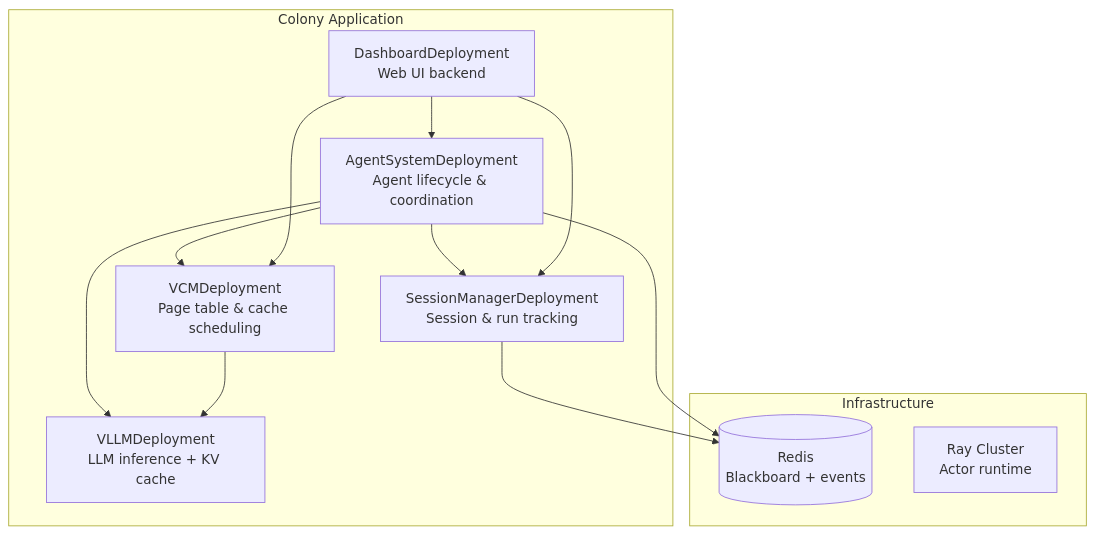
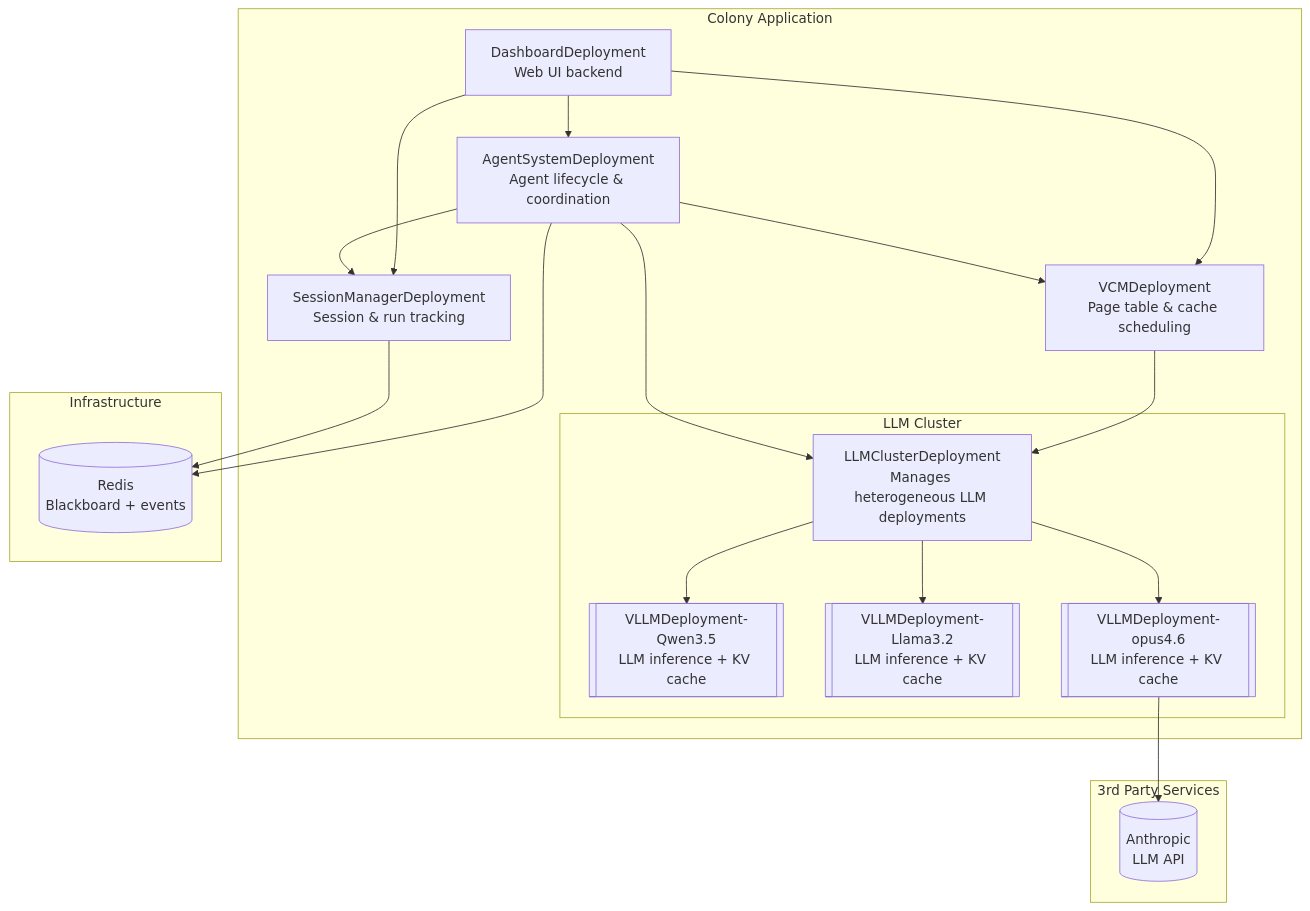
One commit to Polymathera/colony changed the second of 2 diagrams in docs/architecture/distributed.md. Above: the diagram before and after it, drawn with Mermaid. The commit also changed other lines of this file and 27 other files, not shown here.

````diff
--- a/docs/architecture/distributed.md
+++ b/docs/architecture/distributed.md
@@ -131,25 +190,37 @@
 ```mermaid
 graph TB
     subgraph "Colony Application"
         SM[SessionManagerDeployment<br/>Session & run tracking]
         AS[AgentSystemDeployment<br/>Agent lifecycle & coordination]
         VCM[VCMDeployment<br/>Page table & cache scheduling]
-        vLLM[VLLMDeployment<br/>LLM inference + KV cache]
+        subgraph "LLM Cluster"
+            llms[LLMClusterDeployment<br/>Manages heterogeneous LLM deployments]
+            vLLM_q[[VLLMDeployment-Qwen3.5<br/>LLM inference + KV cache]]
+            vLLM_l[[VLLMDeployment-Llama3.2<br/>LLM inference + KV cache]]
+            vLLM_o[[VLLMDeployment-opus4.6<br/>LLM inference + KV cache]]
+        end
         Dash[DashboardDeployment<br/>Web UI backend]
     end
 
     subgraph "Infrastructure"
         Redis[(Redis<br/>Blackboard + events)]
-        Ray[Ray Cluster<br/>Actor runtime]
+    end
+
+    subgraph "3rd Party Services"
+        Anthropic[(Anthropic<br/>LLM API)]
     end
 
     AS --> SM
     AS --> VCM
-    AS --> vLLM
-    VCM --> vLLM
+    AS --> llms
+    VCM --> llms
+    llms --> vLLM_q
+    llms --> vLLM_l
+    llms --> vLLM_o
+    vLLM_o --> Anthropic
     SM --> Redis
     AS --> Redis
     Dash --> SM
     Dash --> AS
     Dash --> VCM
 ```
````
